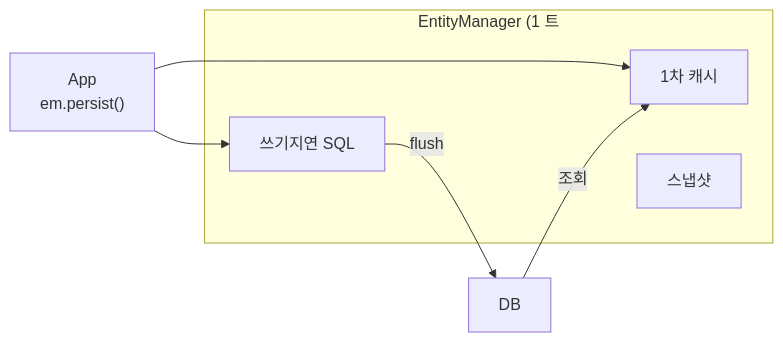
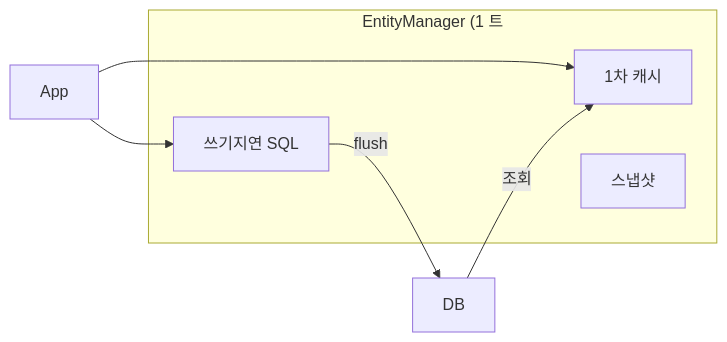
The third of 10 diagrams in _posts/jpa/2026-05-01-jpa-fundamentals.md (yjkim2015/yjkim2015.github.io), drawn with Mermaid before and after one commit. The commit also changed other lines of this file and 217 other files, not shown here.

First line of the commit message:
Mermaid 크기 수정: useMaxWidth:true + SVG max-width:100% + 라벨 축소

````diff
--- a/_posts/jpa/2026-05-01-jpa-fundamentals.md
+++ b/_posts/jpa/2026-05-01-jpa-fundamentals.md
@@ -85,11 +85,11 @@
 ```mermaid
 graph LR
-    APP["App\nem.persist()"] --> PC1["1차 캐시"] & PC2["쓰기지연 SQL"]
+    APP["App"] --> PC1["1차 캐시"] & PC2["쓰기지연 SQL"]
     subgraph EM["EntityManager (1 트"]
         PC1
         PC2
         SNAP["스냅샷"]
     end
     PC2 -->|flush| DB["DB"]
     DB -->|조회| PC1
 ```
````
